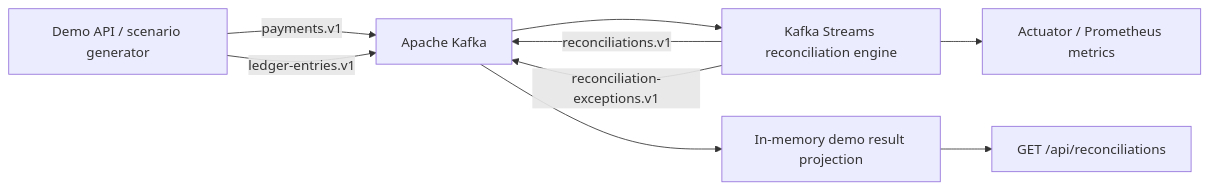
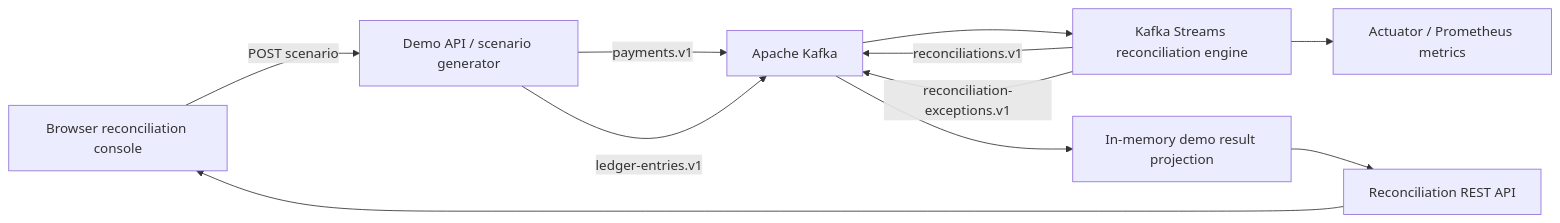
Before and after one commit to stevearmstrong-dev/ledgerguard: the diagram in README.md, drawn with Mermaid. The commit also changed other lines of this file and 8 other files, not shown here.

````diff
--- a/README.md
+++ b/README.md
@@ -24,11 +25,13 @@
 ```mermaid
 flowchart LR
-    A["Demo API / scenario generator"] -->|"payments.v1"| B["Apache Kafka"]
+    G["Browser reconciliation console"] -->|"POST scenario"| A["Demo API / scenario generator"]
+    A -->|"payments.v1"| B["Apache Kafka"]
     A -->|"ledger-entries.v1"| B
     B --> C["Kafka Streams reconciliation engine"]
     C -->|"reconciliations.v1"| B
     C -->|"reconciliation-exceptions.v1"| B
     B --> D["In-memory demo result projection"]
-    D --> E["GET /api/reconciliations"]
+    D --> E["Reconciliation REST API"]
+    E --> G
     C --> F["Actuator / Prometheus metrics"]
 ```
````
